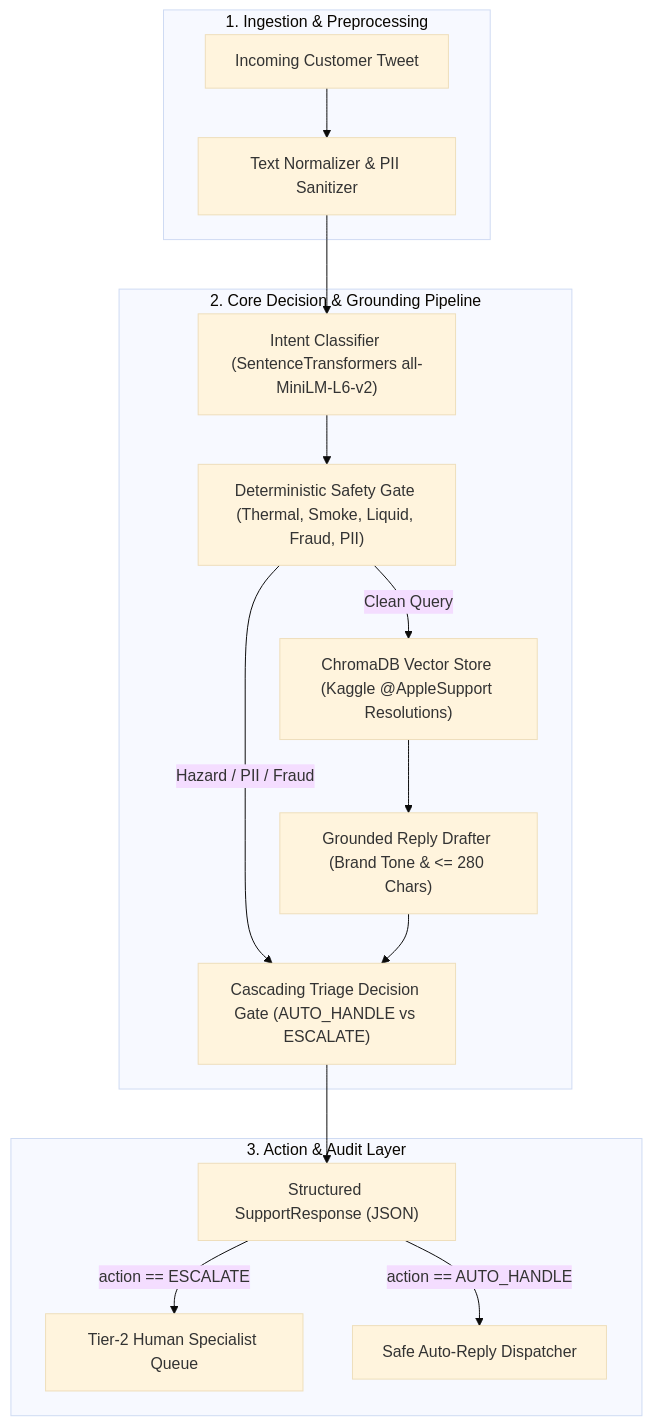
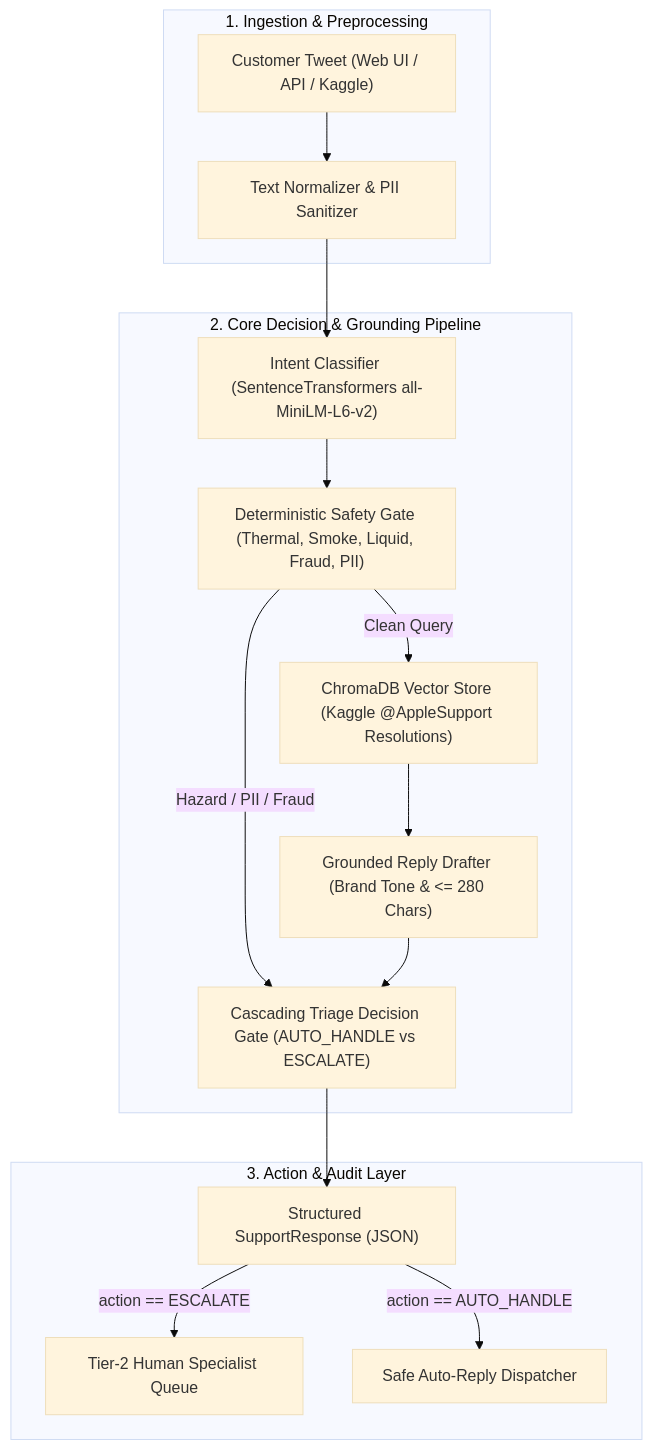
The diagram in README.md (nanthitha25/hiver_assignment), drawn with Mermaid (base theme) before and after one commit. The commit also changed other lines of this file, not shown here.

Commit message:
docs: expand README with comprehensive problem framing, architecture, benchmarks, and 4 input interfaces

````diff
--- a/README.md
+++ b/README.md
@@ -67,29 +105,29 @@
 ```mermaid
 flowchart TD
     subgraph Input_Layer["1. Ingestion & Preprocessing"]
-        CT["Incoming Customer Tweet"]
+        CT["Customer Tweet (Web UI / API / Kaggle)"]
         Pre["Text Normalizer & PII Sanitizer"]
     end
 
     subgraph Core_Engine["2. Core Decision & Grounding Pipeline"]
         IC["Intent Classifier (SentenceTransformers all-MiniLM-L6-v2)"]
         Safety["Deterministic Safety Gate (Thermal, Smoke, Liquid, Fraud, PII)"]
         RAG["ChromaDB Vector Store (Kaggle @AppleSupport Resolutions)"]
         Drafter["Grounded Reply Drafter (Brand Tone & <= 280 Chars)"]
         Triage["Cascading Triage Decision Gate (AUTO_HANDLE vs ESCALATE)"]
     end
 
     subgraph Output_Layer["3. Action & Audit Layer"]
         Result["Structured SupportResponse (JSON)"]
         HumanQueue["Tier-2 Human Specialist Queue"]
         AutoReply["Safe Auto-Reply Dispatcher"]
     end
 
     CT --> Pre --> IC
     IC --> Safety
     Safety -->|Hazard / PII / Fraud| Triage
     Safety -->|Clean Query| RAG --> Drafter --> Triage
     Triage --> Result
     Result -->|action == ESCALATE| HumanQueue
     Result -->|action == AUTO_HANDLE| AutoReply
 ```
````
